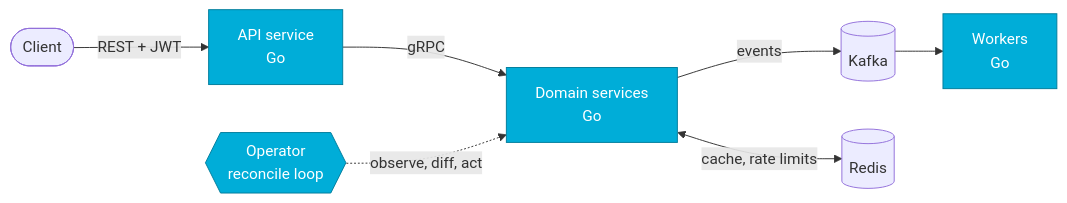
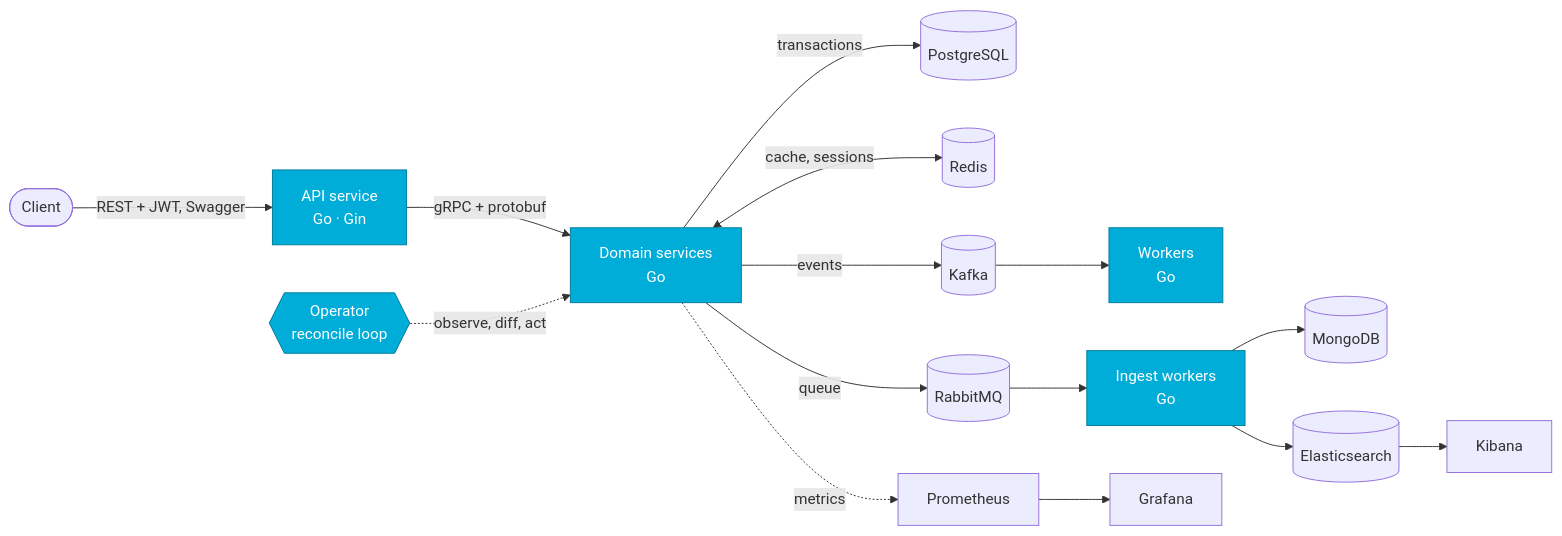
Before and after one commit to kiryshabutor/kiryshabutor: the diagram in README.md, drawn with Mermaid. The commit also changed other lines of this file, not shown here.

````diff
--- a/README.md
+++ b/README.md
@@ -43,12 +56,19 @@
 ```mermaid
 flowchart LR
-    U([Client]) -->|REST + JWT| API[API service<br/>Go]
-    API -->|gRPC| SVC[Domain services<br/>Go]
+    U([Client]) -->|REST + JWT, Swagger| API[API service<br/>Go · Gin]
+    API -->|gRPC + protobuf| SVC[Domain services<br/>Go]
+    SVC -->|transactions| PG[(PostgreSQL)]
+    SVC <-->|cache, sessions| R[(Redis)]
     SVC -->|events| K[(Kafka)]
     K --> W[Workers<br/>Go]
-    SVC <-->|cache, rate limits| R[(Redis)]
+    SVC -->|queue| MQ[(RabbitMQ)]
+    MQ --> ING[Ingest workers<br/>Go]
+    ING --> M[(MongoDB)]
+    ING --> ES[(Elasticsearch)]
+    ES --> KB[Kibana]
+    SVC -.->|metrics| PR[Prometheus] --> GF[Grafana]
     OP{{Operator<br/>reconcile loop}} -.->|observe, diff, act| SVC
 
     classDef go fill:#00add8,stroke:#007d9c,color:#fff;
-    class API,SVC,W,OP go;
+    class API,SVC,W,ING,OP go;
 ```
````
